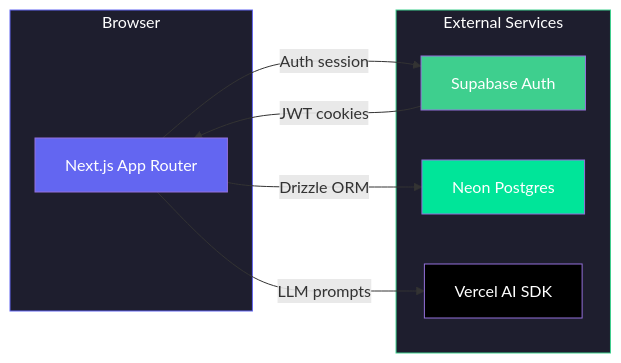
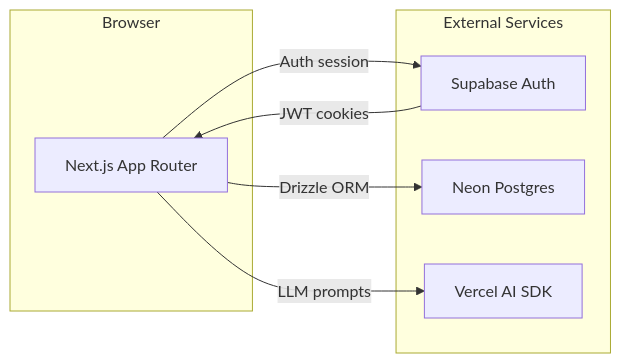
One commit to CIFO-CTRD0040-Eines-IA-Prog-2026/SideProjectAIdvisor changed the first of 2 diagrams in README.md. Above: the diagram before and after it, drawn with Mermaid.

Commit message:
fix: simplify Mermaid architecture diagram for GitHub compatibility

````diff
--- a/README.md
+++ b/README.md
@@ -57,24 +57,15 @@
 ```mermaid
 flowchart LR
-    subgraph Client["Browser"]
+    subgraph Browser["Browser"]
         A["Next.js App Router"]
     end
-
     subgraph Services["External Services"]
         B["Supabase Auth"]
         C["Neon Postgres"]
         D["Vercel AI SDK"]
     end
-
     A -->|Auth session| B
     B -->|JWT cookies| A
     A -->|Drizzle ORM| C
     A -->|LLM prompts| D
-
-    style A fill:#6366F1,color:#fff
-    style B fill:#3ECF8E,color:#fff
-    style C fill:#00E599,color:#fff
-    style D fill:#000,color:#fff
-    style Client fill:#1E1E2E,color:#fff,stroke:#6366F1
-    style Services fill:#1E1E2E,color:#fff,stroke:#3ECF8E
 ```
````
